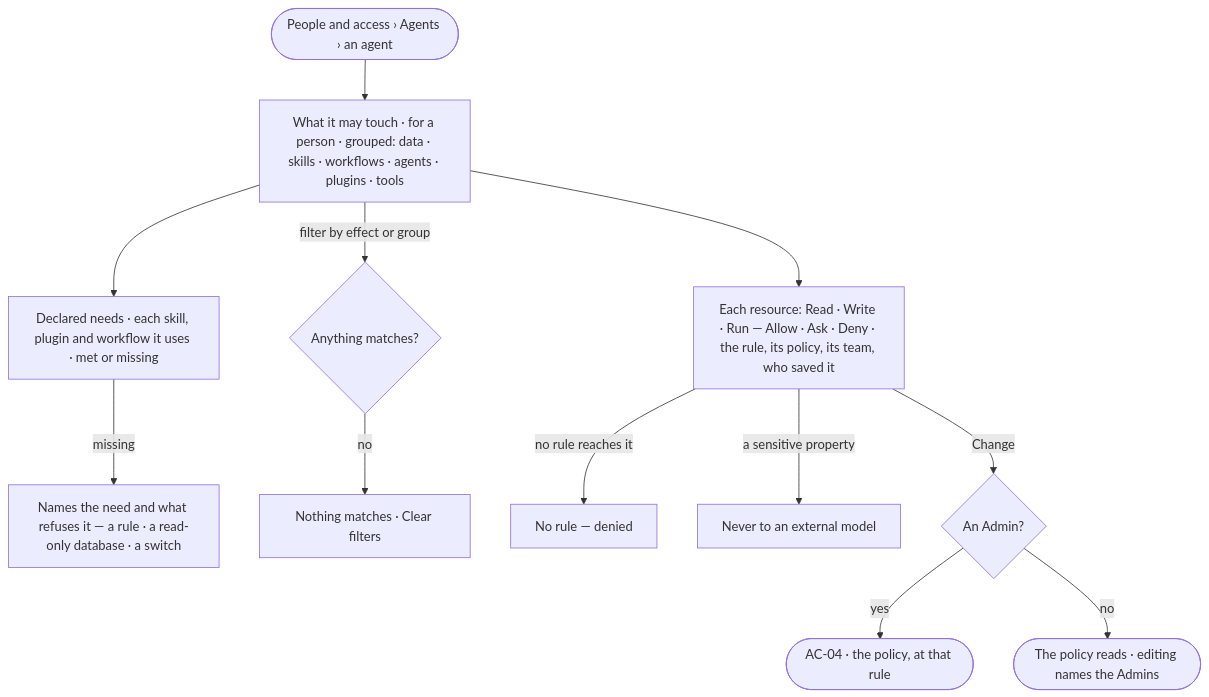
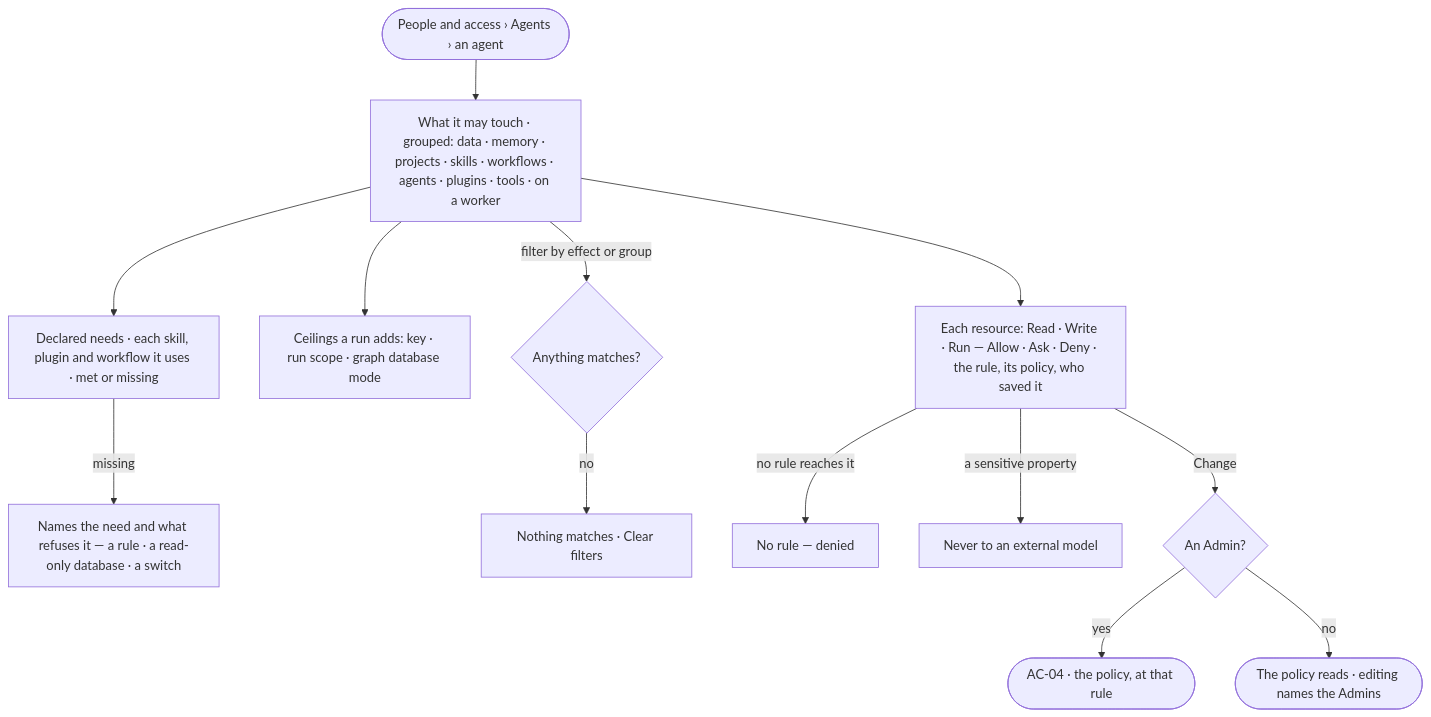
One commit to invana/invana changed the diagram in specs/os/access/features/AC-F04-what-an-agent-may-touch/stories/AC-13-see-what-an-agent-may-touch/story.md. Above: the diagram before and after it, drawn with Mermaid. The commit also changed other lines of this file and 300 other files, not shown here.

````diff
--- a/specs/os/access/features/AC-F04-what-an-agent-may-touch/stories/AC-13-see-what-an-agent-may-touch/story.md
+++ b/specs/os/access/features/AC-F04-what-an-agent-may-touch/stories/AC-13-see-what-an-agent-may-touch/story.md
@@ -28,14 +28,15 @@
 ```mermaid
 flowchart TD
-  t([People and access › Agents › an agent]) --> w["What it may touch · for a person · grouped: data · skills · workflows · agents · plugins · tools"]
-  w --> row["Each resource: Read · Write · Run — Allow · Ask · Deny · the rule, its policy, its team, who saved it"]
+  t([People and access › Agents › an agent]) --> w["What it may touch · grouped: data · memory · projects · skills · workflows · agents · plugins · tools · on a worker"]
+  w --> row["Each resource: Read · Write · Run — Allow · Ask · Deny · the rule, its policy, who saved it"]
+  w --> cl["Ceilings a run adds: key · run scope · graph database mode"]
   w --> nd["Declared needs · each skill, plugin and workflow it uses · met or missing"]
   nd -->|missing| mis["Names the need and what refuses it — a rule · a read-only database · a switch"]
   w -->|filter by effect or group| f{"Anything matches?"}
   f -->|no| nm["Nothing matches · Clear filters"]
   row -->|no rule reaches it| df["No rule — denied"]
   row -->|a sensitive property| sp["Never to an external model"]
   row -->|Change| ch{"An Admin?"}
   ch -->|yes| ln(["AC-04 · the policy, at that rule"])
   ch -->|no| ro(["The policy reads · editing names the Admins"])
 ```
````
